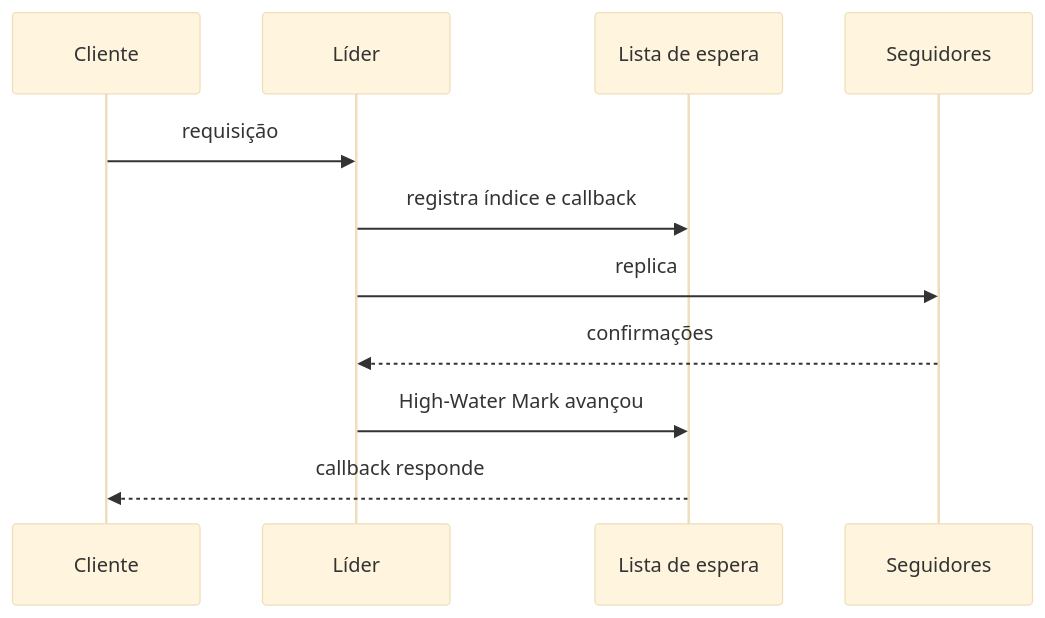
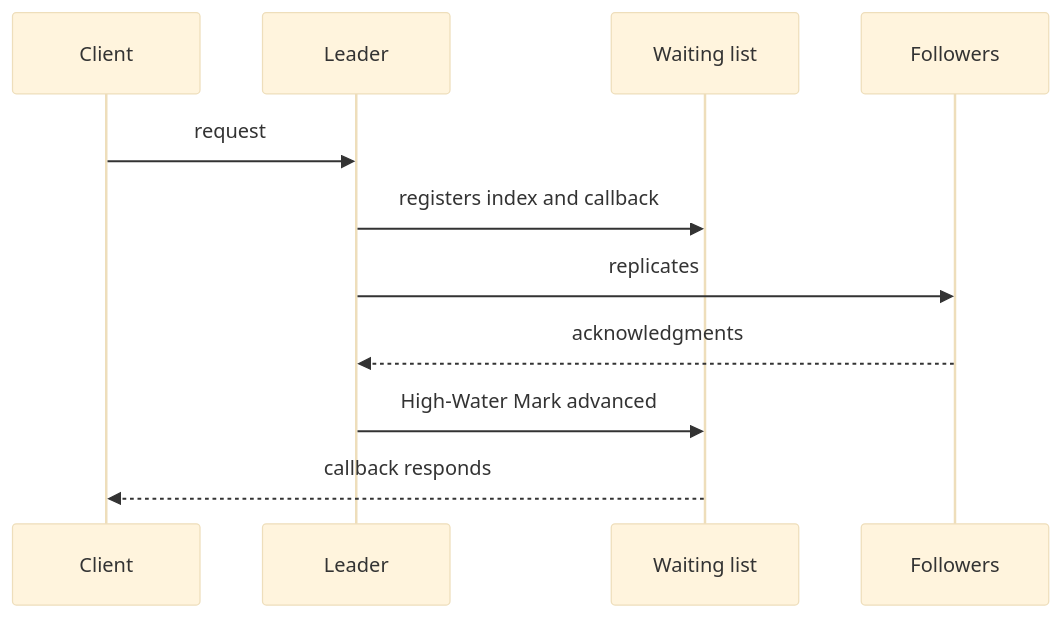
Before and after one commit to alancesar/design-patterns: the diagram in docs/architecture/distributed-systems/data-replication/request-waiting-list.md, drawn with Mermaid (base theme). The commit also changed 258 other files, not shown here.

First line of the commit message:
Translate Mermaid diagrams to English

````diff
--- a/docs/architecture/distributed-systems/data-replication/request-waiting-list.md
+++ b/docs/architecture/distributed-systems/data-replication/request-waiting-list.md
@@ -52,13 +52,13 @@
 ```mermaid
 sequenceDiagram
-    participant Cl as Cliente
-    participant L as Líder
-    participant W as Lista de espera
-    participant F as Seguidores
-    Cl->>L: requisição
-    L->>W: registra índice e callback
-    L->>F: replica
-    F-->>L: confirmações
-    L->>W: High-Water Mark avançou
-    W-->>Cl: callback responde
+    participant Cl as Client
+    participant L as Leader
+    participant W as Waiting list
+    participant F as Followers
+    Cl->>L: request
+    L->>W: registers index and callback
+    L->>F: replicates
+    F-->>L: acknowledgments
+    L->>W: High-Water Mark advanced
+    W-->>Cl: callback responds
 ```
````
